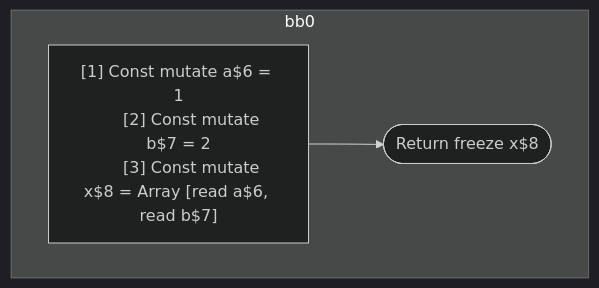
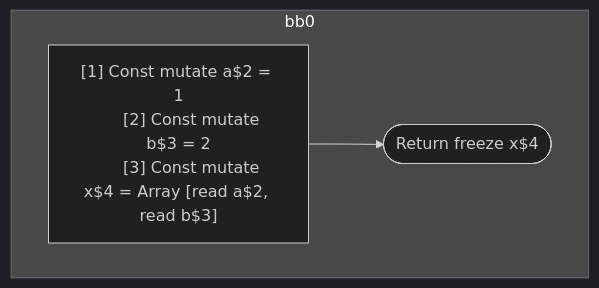
One commit to wutsmog/private changed the diagram in compiler/forget/src/__tests__/fixtures/hir/ssa-arrayexpression.expect.md. Above: the diagram before and after it, drawn with Mermaid (dark theme). The commit also changed other lines of this file and 57 other files, not shown here.

````diff
--- a/compiler/forget/src/__tests__/fixtures/hir/ssa-arrayexpression.expect.md
+++ b/compiler/forget/src/__tests__/fixtures/hir/ssa-arrayexpression.expect.md
@@ -26,15 +26,15 @@
 ```mermaid
 flowchart TB
   %% Basic Blocks
   subgraph bb0
     bb0_instrs["
-      [1] Const mutate a$6 = 1
-      [2] Const mutate b$7 = 2
-      [3] Const mutate x$8 = Array [read a$6, read b$7]
+      [1] Const mutate a$2 = 1
+      [2] Const mutate b$3 = 2
+      [3] Const mutate x$4 = Array [read a$2, read b$3]
     "]
-    bb0_instrs --> bb0_terminal(["Return freeze x$8"])
+    bb0_instrs --> bb0_terminal(["Return freeze x$4"])
   end
 
   %% Jumps
   %% empty
 ```
````
